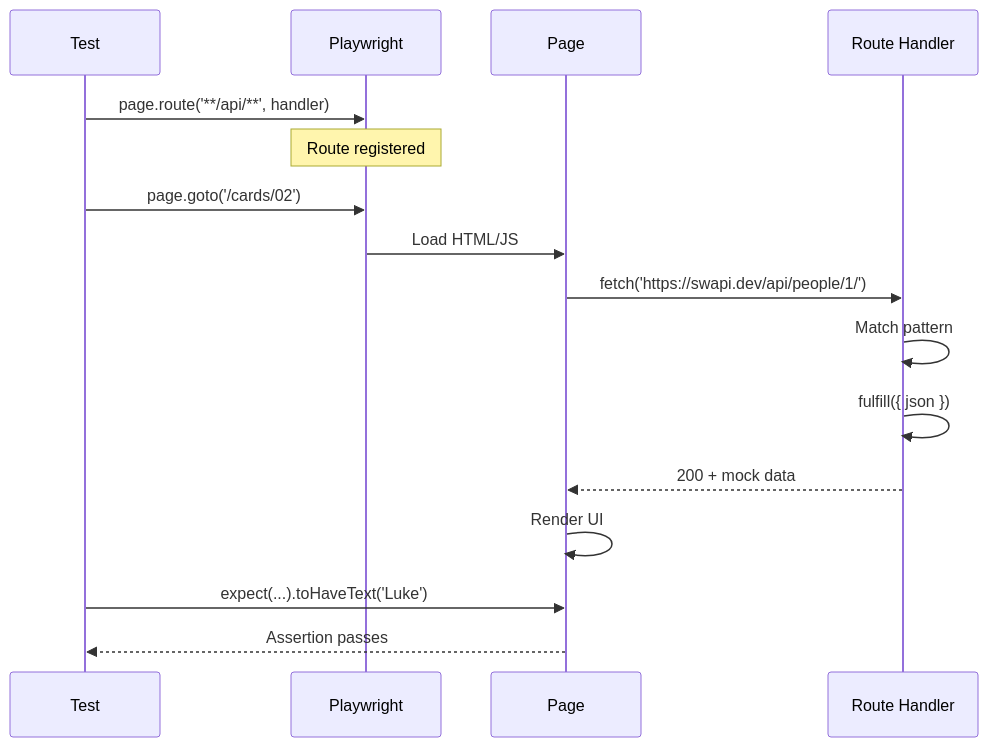
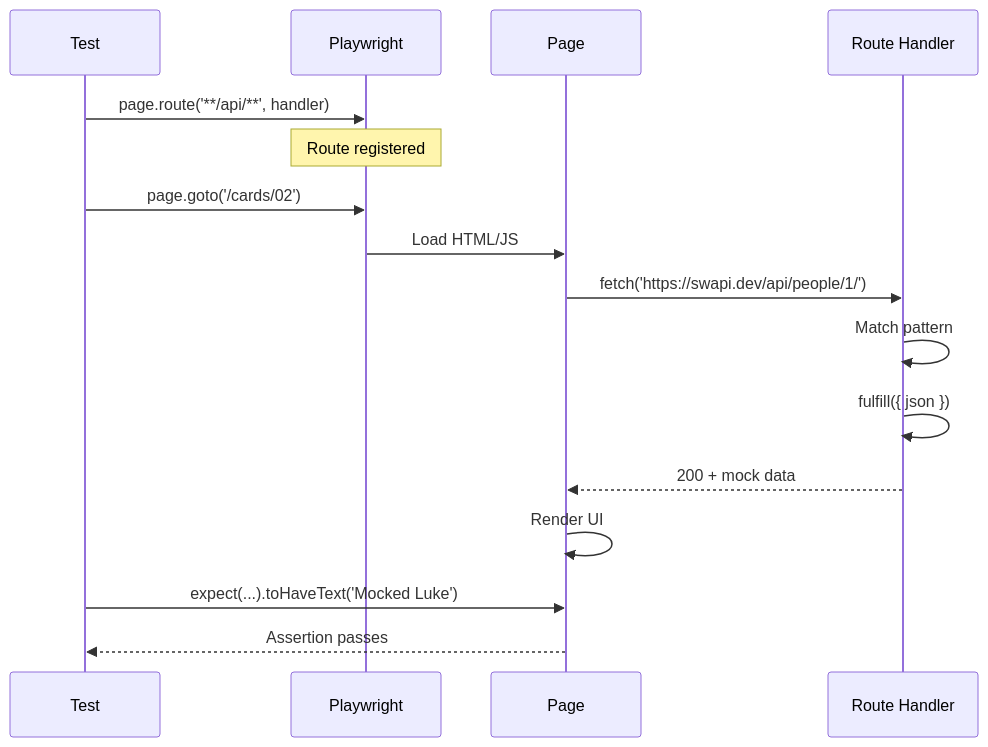
The diagram in src/02-mock-first-api/README.md (jagreehal/playwright-cookbook), drawn with Mermaid before and after one commit. The commit also changed other lines of this file and 84 other files, not shown here.

````diff
--- a/src/02-mock-first-api/README.md
+++ b/src/02-mock-first-api/README.md
@@ -104,19 +123,19 @@
 ```mermaid
 sequenceDiagram
     participant Test
     participant Playwright
     participant Page
     participant Route Handler
 
     Test->>Playwright: page.route('**/api/**', handler)
     Note over Playwright: Route registered
     Test->>Playwright: page.goto('/cards/02')
     Playwright->>Page: Load HTML/JS
     Page->>Route Handler: fetch('https://swapi.dev/api/people/1/')
     Route Handler->>Route Handler: Match pattern
     Route Handler->>Route Handler: fulfill({ json })
     Route Handler-->>Page: 200 + mock data
     Page->>Page: Render UI
-    Test->>Page: expect(...).toHaveText('Luke')
+    Test->>Page: expect(...).toHaveText('Mocked Luke')
     Page-->>Test: Assertion passes
 ```
````
